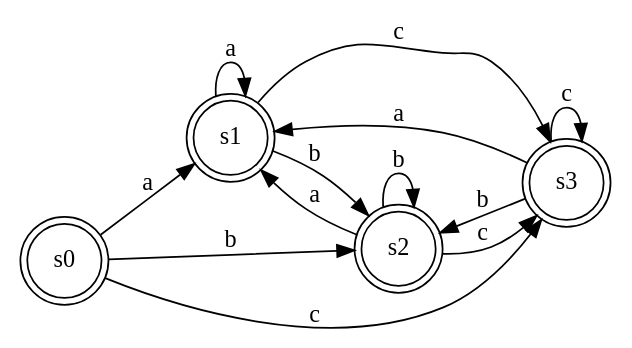
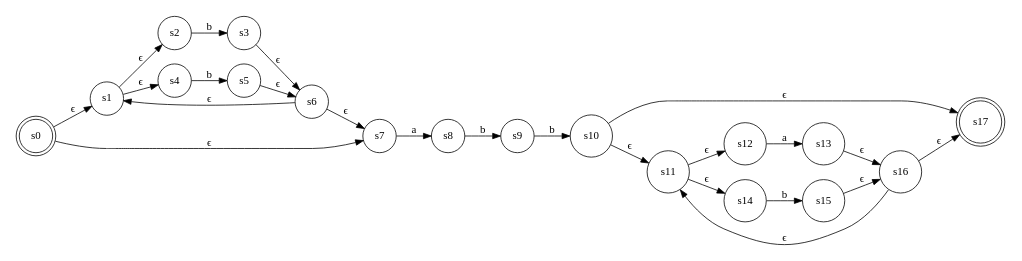
One commit to amado-developer/PLD_UVG changed the diagram in Project_1_Java/FA.gv. Above: the diagram before and after it, drawn with Graphviz. The commit also changed 5 other files, not shown here.

```diff
--- a/Project_1_Java/FA.gv
+++ b/Project_1_Java/FA.gv
@@ -1,29 +1,54 @@
 digraph finite_state_machine {
 	rankdir=LR size="8,5"
 	node [shape=doublecircle]
 	s0
-	node [shape=doublecircle]
-	s0 -> s1 [label=a]
-	node [shape=doublecircle]
-	s0 -> s2 [label=b]
-	node [shape=doublecircle]
-	s0 -> s3 [label=c]
-	node [shape=doublecircle]
-	s1 -> s1 [label=a]
-	node [shape=doublecircle]
-	s1 -> s2 [label=b]
-	node [shape=doublecircle]
-	s1 -> s3 [label=c]
-	node [shape=doublecircle]
-	s2 -> s1 [label=a]
-	node [shape=doublecircle]
-	s2 -> s2 [label=b]
-	node [shape=doublecircle]
-	s2 -> s3 [label=c]
-	node [shape=doublecircle]
-	s3 -> s1 [label=a]
-	node [shape=doublecircle]
-	s3 -> s2 [label=b]
-	node [shape=doublecircle]
-	s3 -> s3 [label=c]
+	s17
+
+	node [shape=circle]
+	s0 -> s1 [label="ϵ
+"]
+	s0 -> s7 [label="ϵ
+"]
+	s1 -> s2 [label="ϵ
+"]
+	s1 -> s4 [label="ϵ
+"]
+	s2 -> s3 [label=b
+]
+	s3 -> s6 [label="ϵ
+"]
+	s4 -> s5 [label=b
+]
+	s5 -> s6 [label="ϵ
+"]
+	s6 -> s7 [label="ϵ
+"]
+	s6 -> s1 [label="ϵ
+"]
+	s7 -> s8 [label=a
+]
+	s8 -> s9 [label=b
+]
+	s9 -> s10 [label=b
+]
+	s10 -> s11 [label="ϵ
+"]
+	s10 -> s17 [label="ϵ
+"]
+	s11 -> s12 [label="ϵ
+"]
+	s11 -> s14 [label="ϵ
+"]
+	s12 -> s13 [label=a
+]
+	s13 -> s16 [label="ϵ
+"]
+	s14 -> s15 [label=b
+]
+	s15 -> s16 [label="ϵ
+"]
+	s16 -> s17 [label="ϵ
+"]
+	s16 -> s11 [label="ϵ
+"]
 }
```
